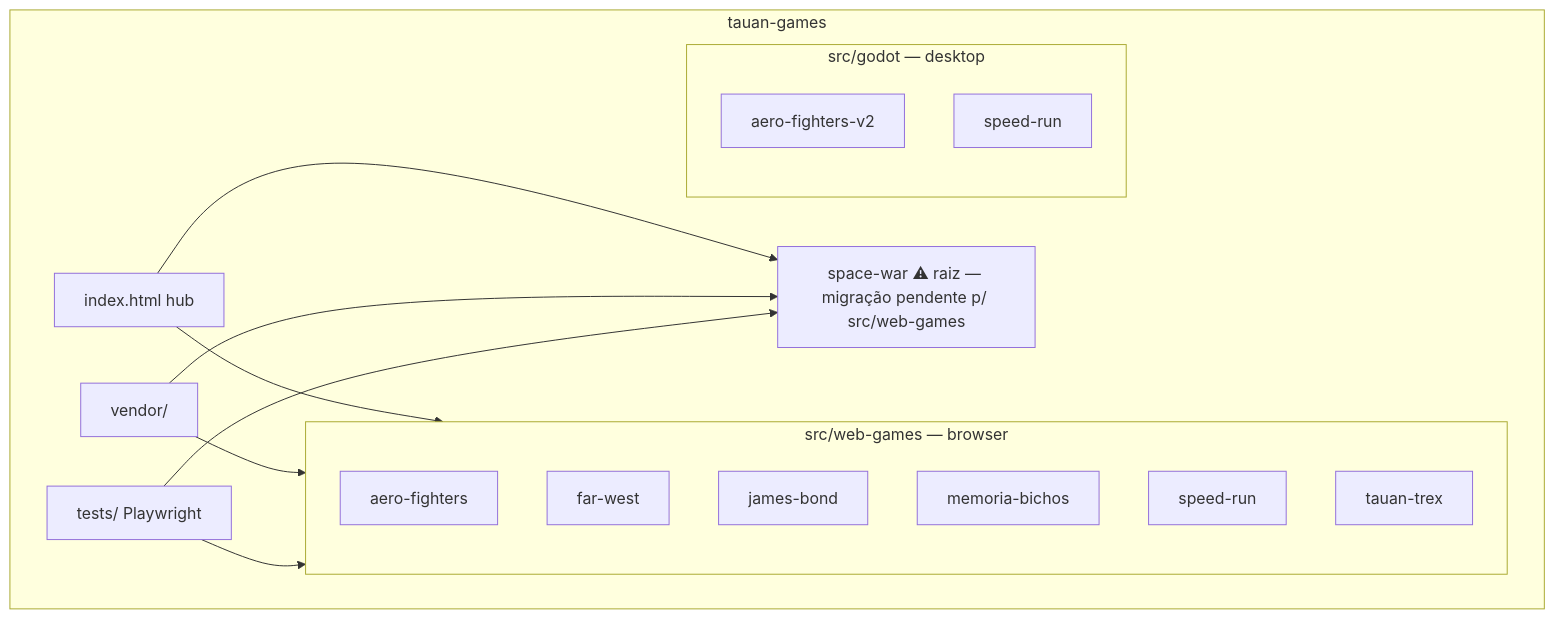
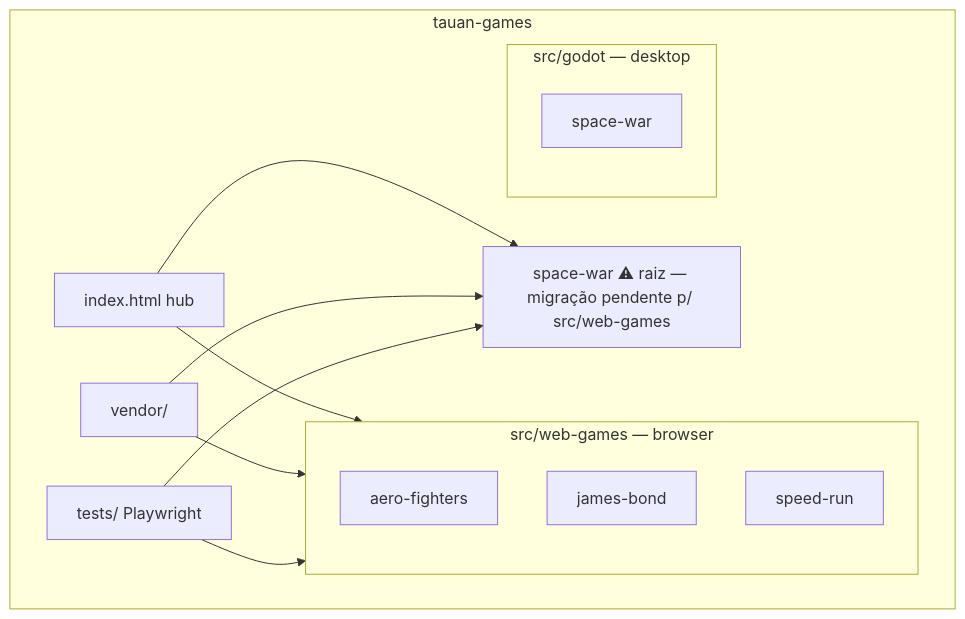
One commit to marcoaureliomenezes/tauan-games changed the first of 3 diagrams in specs/memory/architecture.md. Above: the diagram before and after it, drawn with Mermaid. The commit also changed other lines of this file and 184 other files, not shown here.

````diff
--- a/specs/memory/architecture.md
+++ b/specs/memory/architecture.md
@@ -25,27 +25,23 @@
 ```mermaid
 flowchart TB
     subgraph repo[tauan-games]
         hub[index.html hub]
         subgraph web[src/web-games — browser]
             af[aero-fighters]
-            fw[far-west]
             jb[james-bond]
-            mb[memoria-bichos]
             srw[speed-run]
-            tt[tauan-trex]
         end
         subgraph god[src/godot — desktop]
-            afv2[aero-fighters-v2]
-            srg[speed-run]
+            swg[space-war]
         end
         sw[space-war ⚠ raiz — migração pendente p/ src/web-games]
         vendor[vendor/]
         tests[tests/ Playwright]
     end
     hub --> web
     hub --> sw
     vendor --> web
     vendor --> sw
     tests --> web
     tests --> sw
 ```
````
